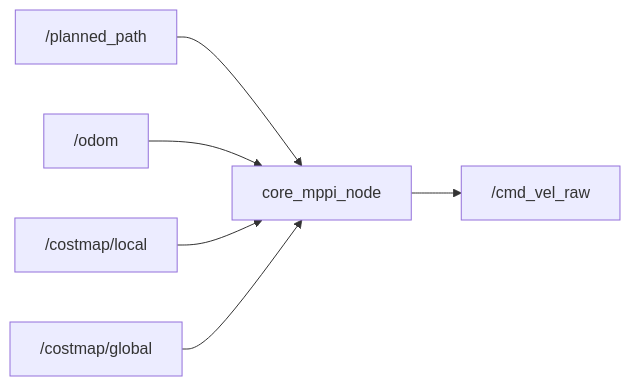
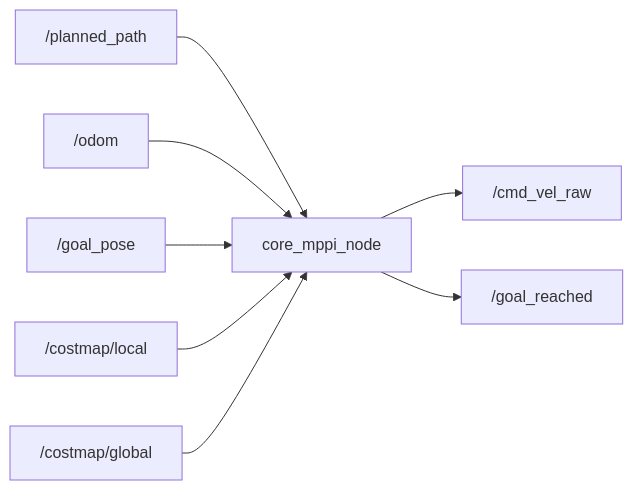
One commit to team-continue/core2026 changed the diagram in docs/packages/core_mppi.md. Above: the diagram before and after it, drawn with Mermaid. The commit also changed other lines of this file and 4 other files, not shown here.

````diff
--- a/docs/packages/core_mppi.md
+++ b/docs/packages/core_mppi.md
@@ -9,8 +9,10 @@
 ```mermaid
 graph LR
     Path["/planned_path"] --> MPPI["core_mppi_node"]
     Odom["/odom"] --> MPPI
+    Goal["/goal_pose"] --> MPPI
     Local["/costmap/local"] --> MPPI
     Global["/costmap/global"] --> MPPI
     MPPI --> CmdVel["/cmd_vel_raw"]
+    MPPI --> GoalReached["/goal_reached"]
 ```
````
